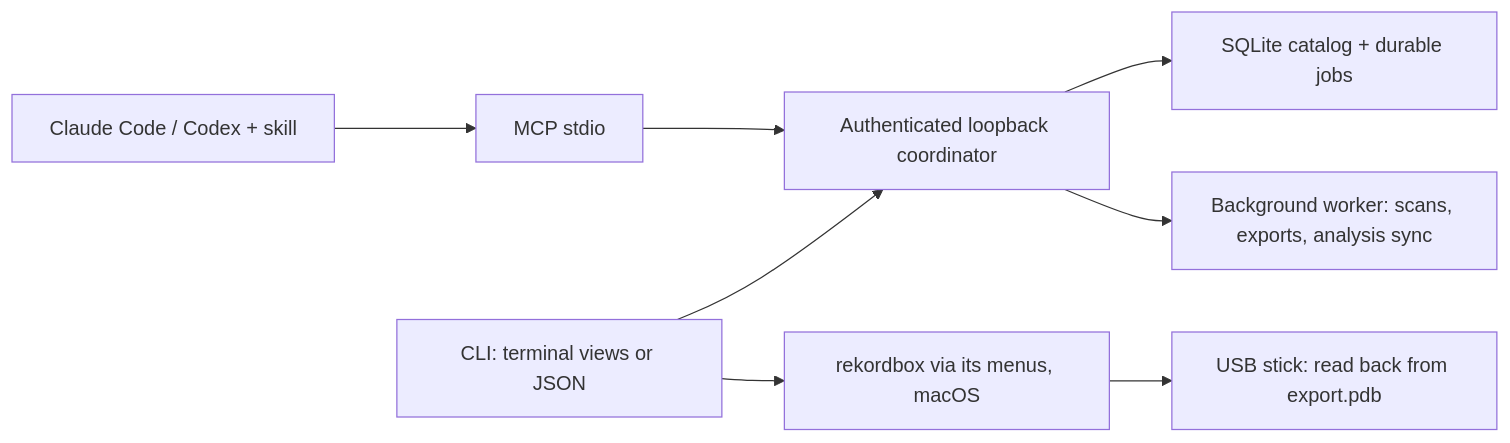
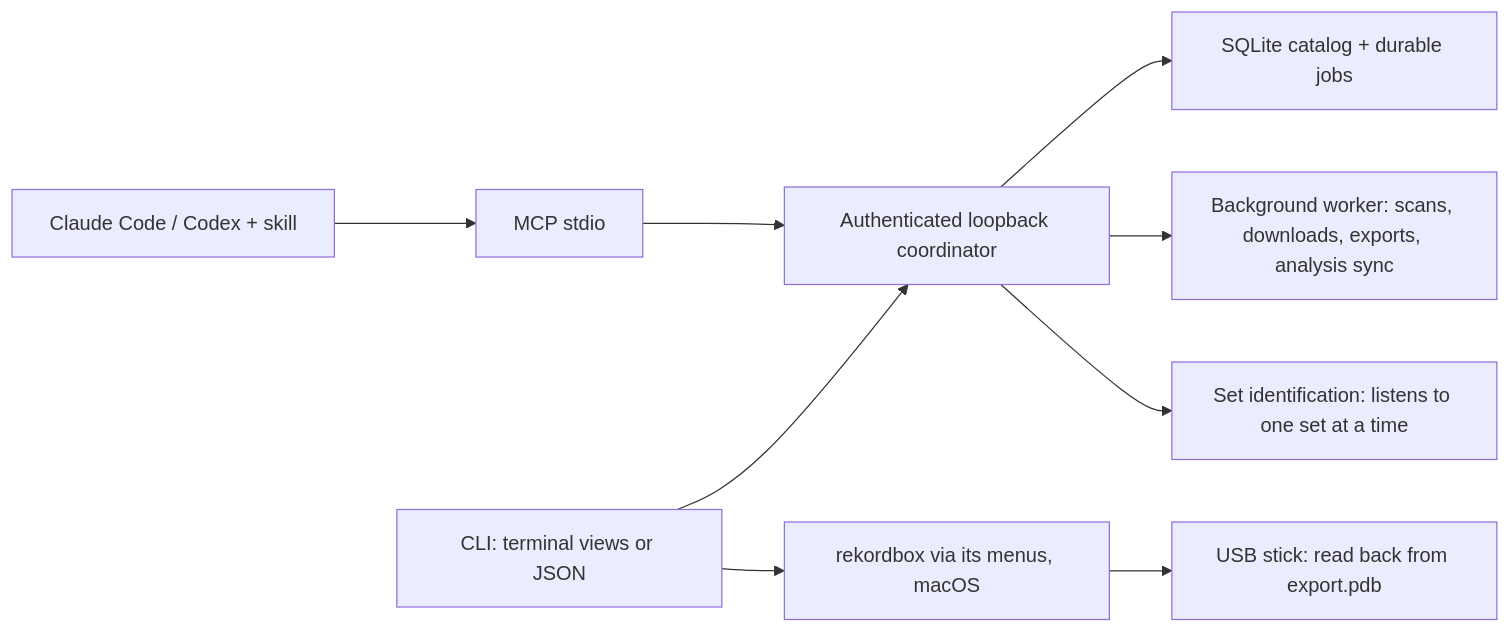
The diagram in README.md (uneasymusings/dj-library-tool), drawn with Mermaid before and after one commit. The commit also changed other lines of this file and 5 other files, not shown here.

First line of the commit message:
Describe set identification and Shazam history for DJs

````diff
--- a/README.md
+++ b/README.md
@@ -117,10 +123,11 @@
 ```mermaid
 flowchart LR
     A[Claude Code / Codex + skill] --> B[MCP stdio]
     C[CLI: terminal views or JSON] --> D[Authenticated loopback coordinator]
     B --> D
     C --> R[rekordbox via its menus, macOS]
     D --> E[SQLite catalog + durable jobs]
-    D --> F[Background worker: scans, exports, analysis sync]
+    D --> F[Background worker: scans, downloads, exports, analysis sync]
+    D --> G[Set identification: listens to one set at a time]
     R --> U[USB stick: read back from export.pdb]
 ```
````
